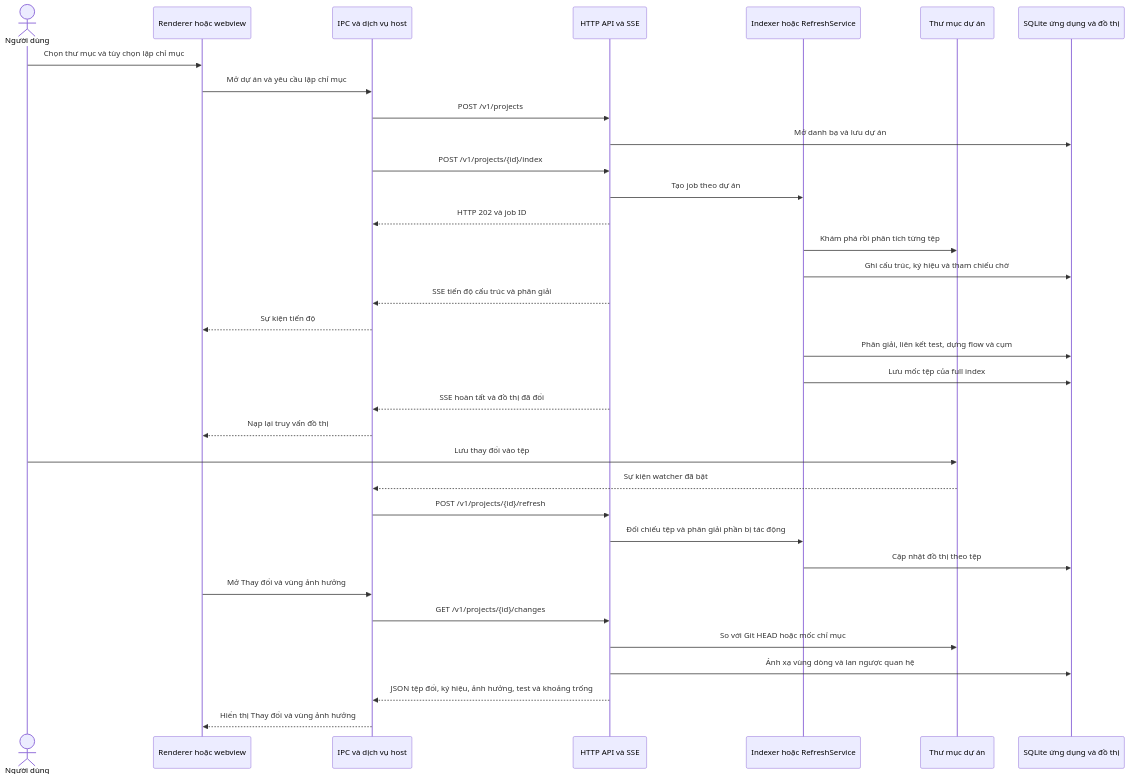
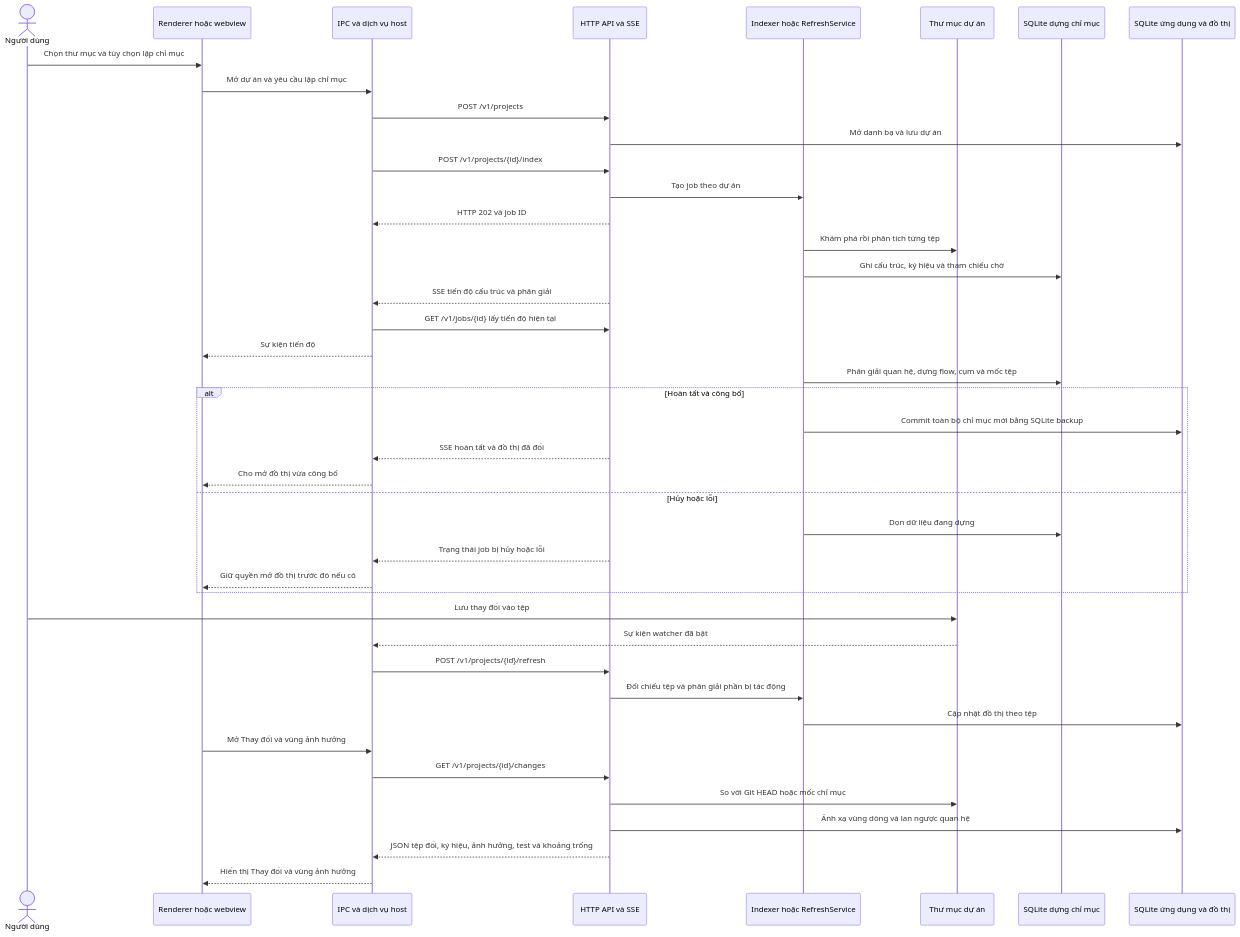
The second of 3 diagrams in docs/srs/architecture.md (twotnguyen/nexgraph), drawn with Mermaid before and after one commit. The commit also changed other lines of this file and 46 other files, not shown here.

Commit message:
fix: preserve the published graph during reindex

````diff
--- a/docs/srs/architecture.md
+++ b/docs/srs/architecture.md
@@ -79,37 +79,45 @@
 ```mermaid
 sequenceDiagram
     actor User as Người dùng
     participant UI as Renderer hoặc webview
     participant Host as IPC và dịch vụ host
     participant API as HTTP API và SSE
     participant Job as Indexer hoặc RefreshService
     participant Disk as Thư mục dự án
+    participant Stage as SQLite dựng chỉ mục
     participant DB as SQLite ứng dụng và đồ thị
 
     User->>UI: Chọn thư mục và tùy chọn lập chỉ mục
     UI->>Host: Mở dự án và yêu cầu lập chỉ mục
     Host->>API: POST /v1/projects
     API->>DB: Mở danh bạ và lưu dự án
     Host->>API: POST /v1/projects/{id}/index
     API->>Job: Tạo job theo dự án
     API-->>Host: HTTP 202 và job ID
     Job->>Disk: Khám phá rồi phân tích từng tệp
-    Job->>DB: Ghi cấu trúc, ký hiệu và tham chiếu chờ
+    Job->>Stage: Ghi cấu trúc, ký hiệu và tham chiếu chờ
     API-->>Host: SSE tiến độ cấu trúc và phân giải
+    Host->>API: GET /v1/jobs/{id} lấy tiến độ hiện tại
     Host-->>UI: Sự kiện tiến độ
-    Job->>DB: Phân giải, liên kết test, dựng flow và cụm
-    Job->>DB: Lưu mốc tệp của full index
-    API-->>Host: SSE hoàn tất và đồ thị đã đổi
-    Host-->>UI: Nạp lại truy vấn đồ thị
+    Job->>Stage: Phân giải quan hệ, dựng flow, cụm và mốc tệp
+    alt Hoàn tất và công bố
+        Job->>DB: Commit toàn bộ chỉ mục mới bằng SQLite backup
+        API-->>Host: SSE hoàn tất và đồ thị đã đổi
+        Host-->>UI: Cho mở đồ thị vừa công bố
+    else Hủy hoặc lỗi
+        Job->>Stage: Dọn dữ liệu đang dựng
+        API-->>Host: Trạng thái job bị hủy hoặc lỗi
+        Host-->>UI: Giữ quyền mở đồ thị trước đó nếu có
+    end
     User->>Disk: Lưu thay đổi vào tệp
     Disk-->>Host: Sự kiện watcher đã bật
     Host->>API: POST /v1/projects/{id}/refresh
     API->>Job: Đối chiếu tệp và phân giải phần bị tác động
     Job->>DB: Cập nhật đồ thị theo tệp
     UI->>Host: Mở Thay đổi và vùng ảnh hưởng
     Host->>API: GET /v1/projects/{id}/changes
     API->>Disk: So với Git HEAD hoặc mốc chỉ mục
     API->>DB: Ánh xạ vùng dòng và lan ngược quan hệ
     API-->>Host: JSON tệp đổi, ký hiệu, ảnh hưởng, test và khoảng trống
     Host-->>UI: Hiển thị Thay đổi và vùng ảnh hưởng
 ```
````
